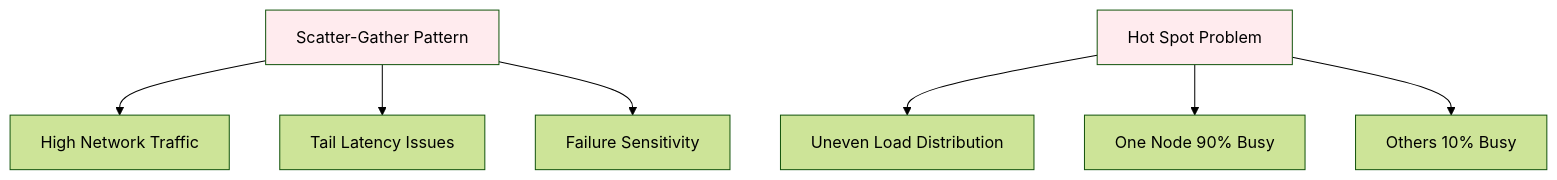
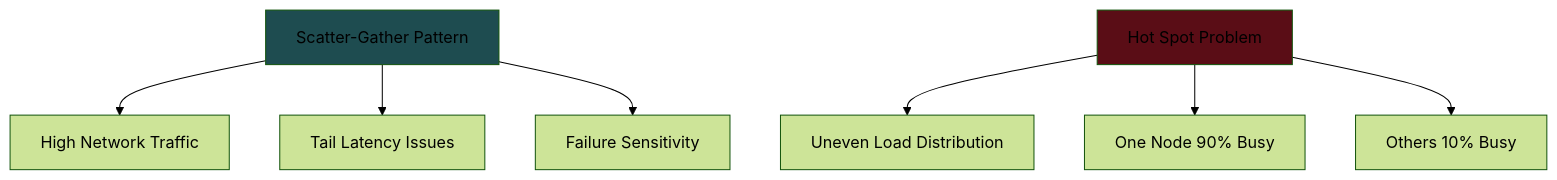
One commit to ahmedrzakhan/system-design-notes changed the fourth of 21 diagrams in fundamentals/core_concepts.md. Above: the diagram before and after it, drawn with Mermaid (forest theme). The commit also changed other lines of this file, not shown here.

````diff
--- a/fundamentals/core_concepts.md
+++ b/fundamentals/core_concepts.md
@@ -93,13 +93,13 @@
 ```mermaid
 flowchart TD
     A[Scatter-Gather Pattern] --> B[High Network Traffic]
     A --> C[Tail Latency Issues]
     A --> D[Failure Sensitivity]
 
     E[Hot Spot Problem] --> F[Uneven Load Distribution]
     E --> G[One Node 90% Busy]
     E --> H[Others 10% Busy]
 
-    style A fill:#ffebee
-    style E fill:#ffebee
+    style A fill:#1E4C50
+    style E fill:#5A0D16
 ```
````
